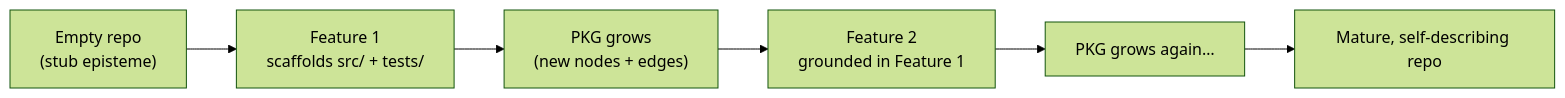
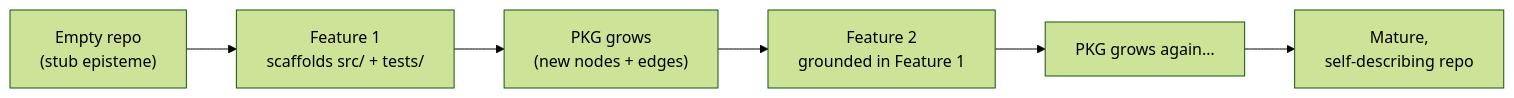
Before and after one commit to synaptixs/spine: the fifth of 5 diagrams in KNOWLEDGE_GRAPH.md, drawn with Mermaid (forest theme). The commit also changed other lines of this file and 13 other files, not shown here.

````diff
--- a/KNOWLEDGE_GRAPH.md
+++ b/KNOWLEDGE_GRAPH.md
@@ -337,8 +369,14 @@
 ```mermaid
 flowchart LR
-    s0["Empty repo<br/>(stub episteme)"] --> s1["Feature 1<br/>scaffolds src/ + tests/"]
-    s1 --> s2["PKG grows<br/>(new nodes + edges)"]
-    s2 --> s3["Feature 2<br/>grounded in Feature 1"]
-    s3 --> s4["PKG grows again…"]
-    s4 --> s5["Mature, self-describing repo"]
+    s0["Empty repo<br/>(stub episteme)"]
+    s1["Feature 1<br/>scaffolds src/ + tests/"]
+    s2["PKG grows<br/>(new nodes + edges)"]
+    s3["Feature 2<br/>grounded in Feature 1"]
+    s4["PKG grows again…"]
+    s5["Mature,<br/>self-describing repo"]
+    s0 --> s1
+    s1 --> s2
+    s2 --> s3
+    s3 --> s4
+    s4 --> s5
 ```
````
